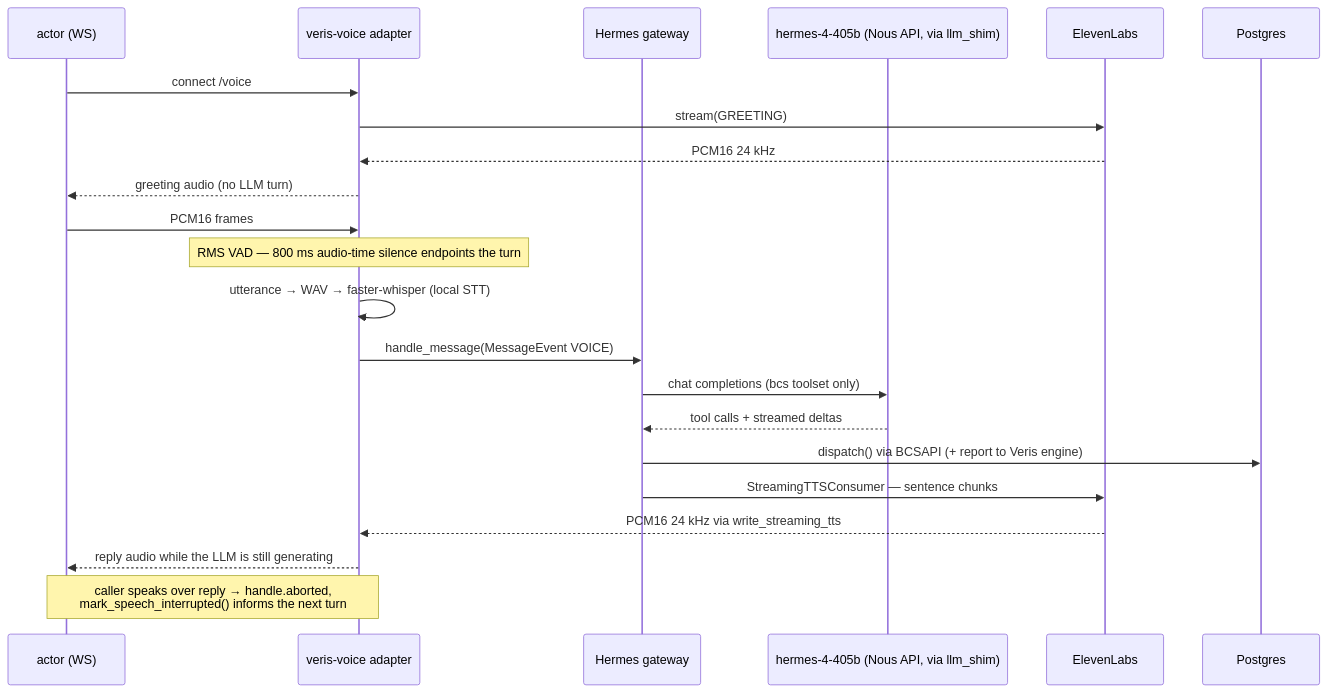
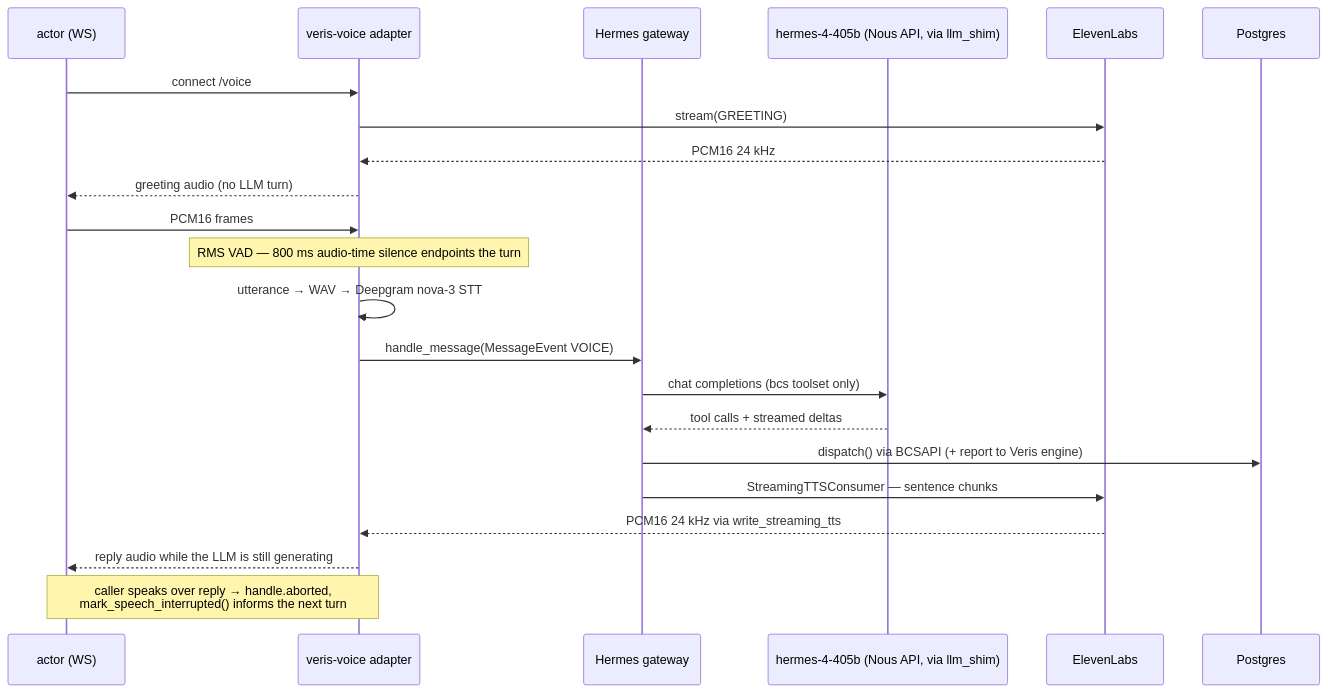
The diagram in hermes/app/README.md (veris-ai/riley-agent), drawn with Mermaid before and after one commit. The commit also changed other lines of this file and 9 other files, not shown here.

First line of the commit message:
feat(hermes): pin voice legs to the livekit/pipecat stack (Deepgram STT + ElevenLabs flash)

````diff
--- a/hermes/app/README.md
+++ b/hermes/app/README.md
@@ -24,25 +24,25 @@
 ```mermaid
 sequenceDiagram
     participant A as actor (WS)
     participant P as veris-voice adapter
     participant G as Hermes gateway
     participant L as hermes-4-405b (Nous API, via llm_shim)
     participant E as ElevenLabs
     participant D as Postgres
 
     A->>P: connect /voice
     P->>E: stream(GREETING)
     E-->>P: PCM16 24 kHz
     P-->>A: greeting audio (no LLM turn)
     A->>P: PCM16 frames
     Note over P: RMS VAD — 800 ms audio-time silence endpoints the turn
-    P->>P: utterance → WAV → faster-whisper (local STT)
+    P->>P: utterance → WAV → Deepgram nova-3 STT
     P->>G: handle_message(MessageEvent VOICE)
     G->>L: chat completions (bcs toolset only)
     L-->>G: tool calls + streamed deltas
     G->>D: dispatch() via BCSAPI (+ report to Veris engine)
     G->>E: StreamingTTSConsumer — sentence chunks
     E-->>P: PCM16 24 kHz via write_streaming_tts
     P-->>A: reply audio while the LLM is still generating
     Note over A,P: caller speaks over reply → handle.aborted,<br/>mark_speech_interrupted() informs the next turn
 ```
````
